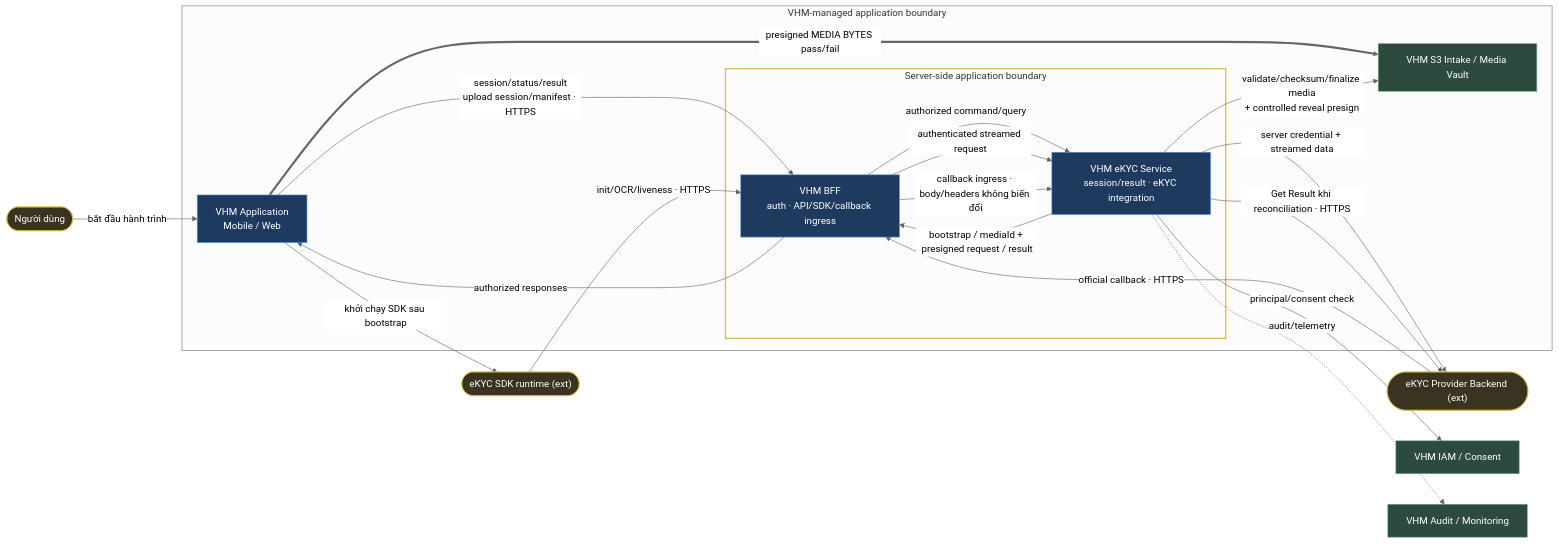
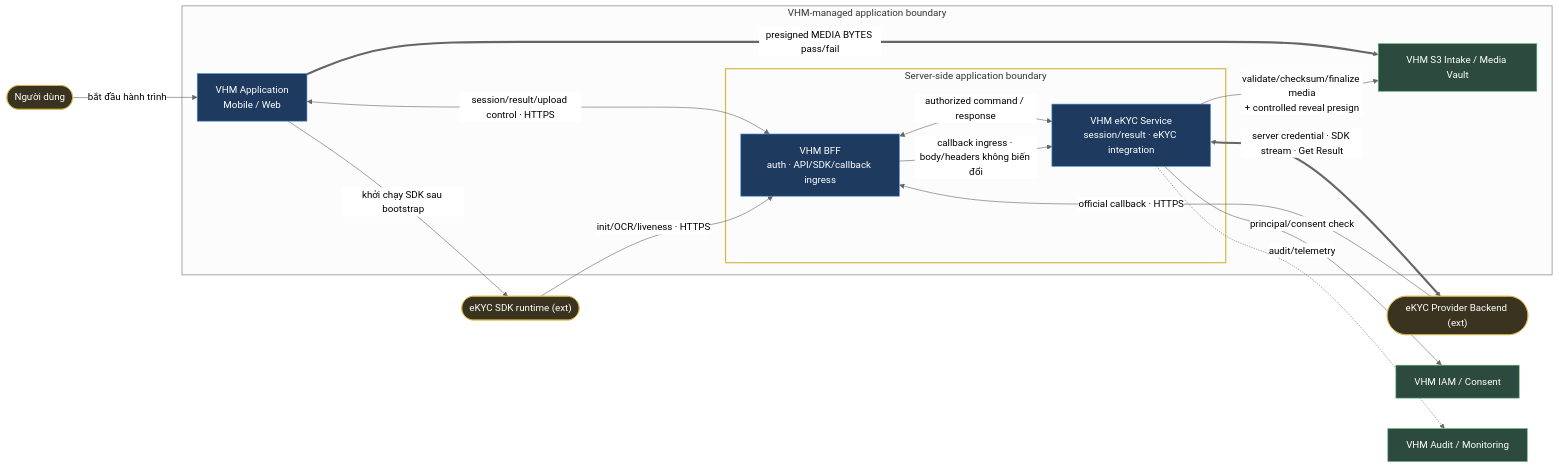
The second of 19 diagrams in tdd2.md (huynv-xyz/vhm), drawn with Mermaid (neutral theme) before and after one commit. The commit also changed other lines of this file, not shown here.

````diff
--- a/tdd2.md
+++ b/tdd2.md
@@ -413,39 +411,35 @@
 ```mermaid
 flowchart LR
     USER(["Người dùng"]):::entity
     SDK(["eKYC SDK runtime (ext)"]):::entity
     BACKEND(["eKYC Provider Backend (ext)"]):::entity
     IAM["VHM IAM / Consent"]:::owned
     OBS["VHM Audit / Monitoring"]:::owned
 
     subgraph SYS["VHM-managed application boundary"]
         APP["VHM Application<br/>Mobile / Web"]:::bc
         S3["VHM S3 Intake / Media Vault"]:::owned
         subgraph VHMBE["Server-side application boundary"]
             BFF["VHM BFF<br/>auth · API/SDK/callback ingress"]:::bc
             EKYC_SERVICE["VHM eKYC Service<br/>session/result · eKYC integration"]:::bc
         end
     end
 
     USER -->|bắt đầu hành trình| APP
-    APP -->|session/status/result<br/>upload session/manifest · HTTPS| BFF
-    BFF -->|authorized command/query| EKYC_SERVICE
+    APP <-->|session/result/upload control · HTTPS| BFF
     APP -->|khởi chạy SDK sau bootstrap| SDK
-    EKYC_SERVICE -->|bootstrap / mediaId + presigned request / result| BFF
-    BFF -->|authorized responses| APP
+    SDK -->|init/OCR/liveness · HTTPS| BFF
+    BFF <-->|authorized command / response| EKYC_SERVICE
     APP ==>|presigned MEDIA BYTES pass/fail| S3
-    SDK -->|init/OCR/liveness · HTTPS| BFF
-    BFF -->|authenticated streamed request| EKYC_SERVICE
-    EKYC_SERVICE -->|server credential + streamed data| BACKEND
+    EKYC_SERVICE <==>|server credential · SDK stream · Get Result| BACKEND
     BACKEND -->|official callback · HTTPS| BFF
     BFF -->|callback ingress · body/headers không biến đổi| EKYC_SERVICE
-    EKYC_SERVICE -->|Get Result khi reconciliation · HTTPS| BACKEND
     EKYC_SERVICE -->|principal/consent check| IAM
     EKYC_SERVICE -->|validate/checksum/finalize media<br/>+ controlled reveal presign| S3
     EKYC_SERVICE -.->|audit/telemetry| OBS
 
     classDef bc fill:#1f3a5f,stroke:#4a90d9,color:#fff;
     classDef owned fill:#2d4a3e,stroke:#5fb37a,color:#fff;
     classDef entity fill:#3a3320,stroke:#d9b84a,color:#fff;
     style VHMBE stroke:#d9b84a,stroke-width:2px
 ```
````
